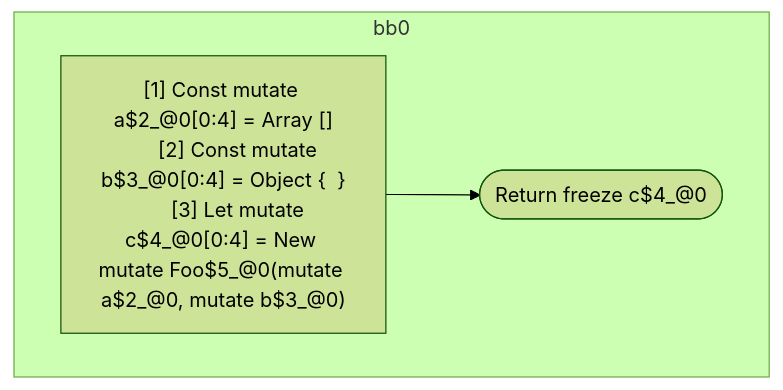
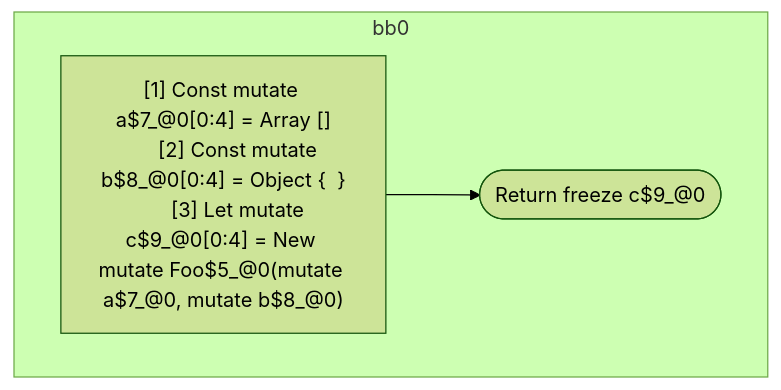
The second of 2 diagrams in compiler/forget/src/__tests__/fixtures/hir/ssa-newexpression.expect.md (wutsmog/private), drawn with Mermaid (forest theme) before and after one commit. The commit also changed other lines of this file and 59 other files, not shown here.

````diff
--- a/compiler/forget/src/__tests__/fixtures/hir/ssa-newexpression.expect.md
+++ b/compiler/forget/src/__tests__/fixtures/hir/ssa-newexpression.expect.md
@@ -54,15 +54,15 @@
 ```mermaid
 flowchart TB
   %% Basic Blocks
   subgraph bb0
     bb0_instrs["
-      [1] Const mutate a$2_@0[0:4] = Array []
-      [2] Const mutate b$3_@0[0:4] = Object {  }
-      [3] Let mutate c$4_@0[0:4] = New mutate Foo$5_@0(mutate a$2_@0, mutate b$3_@0)
+      [1] Const mutate a$7_@0[0:4] = Array []
+      [2] Const mutate b$8_@0[0:4] = Object {  }
+      [3] Let mutate c$9_@0[0:4] = New mutate Foo$5_@0(mutate a$7_@0, mutate b$8_@0)
     "]
-    bb0_instrs --> bb0_terminal(["Return freeze c$4_@0"])
+    bb0_instrs --> bb0_terminal(["Return freeze c$9_@0"])
   end
 
   %% Jumps
   %% empty
 ```
````
